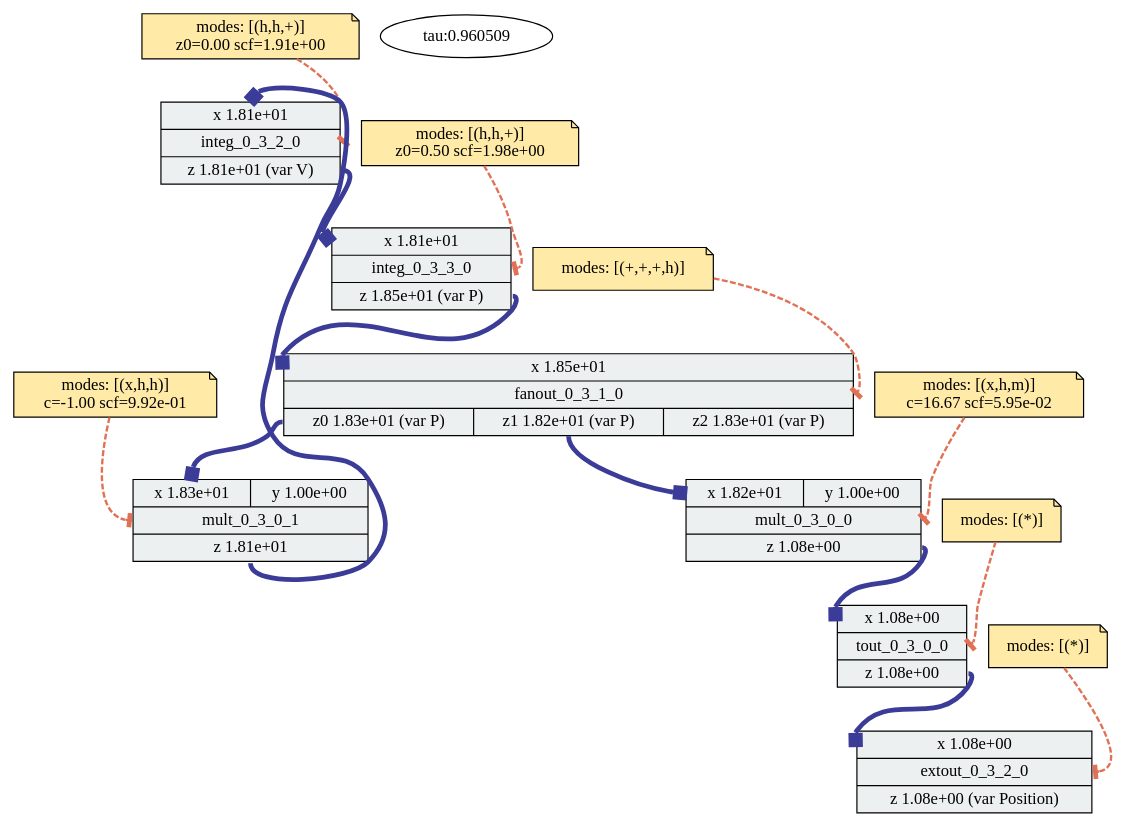
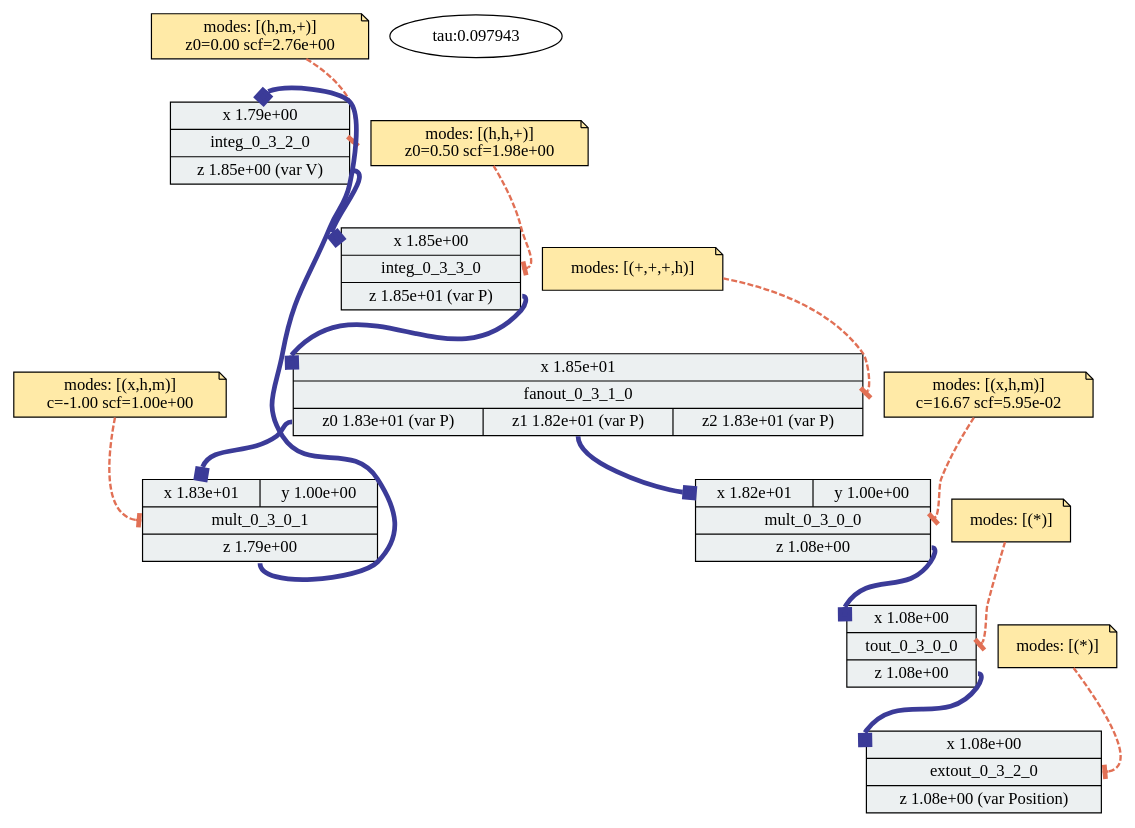
Before and after one commit to sarachour/hcdc-characterization-data: the diagram in c2/outputs/legno/unrestricted/cos/lscale-diag/cos_g3_s0_phys_qty_best_c2.dot, drawn with Graphviz. The commit also changed 268 other files, not shown here.

```diff
--- a/c2/outputs/legno/unrestricted/cos/lscale-diag/cos_g3_s0_phys_qty_best_c2.dot
+++ b/c2/outputs/legno/unrestricted/cos/lscale-diag/cos_g3_s0_phys_qty_best_c2.dot
@@ -1,67 +1,67 @@
 digraph "adp-viz" {
 	graph [overlap=false splines=true]
 	shape=record
 	integ_0_3_2_0 [label="{{<x> x
- 1.81e+01} |<block> integ_0_3_2_0| {<z> z
- 1.81e+01
+ 1.79e+00} |<block> integ_0_3_2_0| {<z> z
+ 1.85e+00
  (var V)}}" fillcolor="#ecf0f1" shape=record style=filled]
-	"integ_0_3_2_0-config" [label="\modes: [(h,h,+)]
-z0=0.00 scf=1.91e+00" fillcolor="#ffeaa7" shape=note style=filled]
+	"integ_0_3_2_0-config" [label="\modes: [(h,m,+)]
+z0=0.00 scf=2.76e+00" fillcolor="#ffeaa7" shape=note style=filled]
 	"integ_0_3_2_0-config" -> integ_0_3_2_0:block [arrowhead=tee arrowtail=normal color="#e17055" penwidth=2 style=dashed]
 	shape=record
 	integ_0_3_3_0 [label="{{<x> x
- 1.81e+01} |<block> integ_0_3_3_0| {<z> z
+ 1.85e+00} |<block> integ_0_3_3_0| {<z> z
  1.85e+01
  (var P)}}" fillcolor="#ecf0f1" shape=record style=filled]
 	"integ_0_3_3_0-config" [label="\modes: [(h,h,+)]
 z0=0.50 scf=1.98e+00" fillcolor="#ffeaa7" shape=note style=filled]
 	"integ_0_3_3_0-config" -> integ_0_3_3_0:block [arrowhead=tee arrowtail=normal color="#e17055" penwidth=2 style=dashed]
 	shape=record
 	mult_0_3_0_1 [label="{{<x> x
  1.83e+01|<y> y
  1.00e+00} |<block> mult_0_3_0_1| {<z> z
- 1.81e+01}}" fillcolor="#ecf0f1" shape=record style=filled]
-	"mult_0_3_0_1-config" [label="\modes: [(x,h,h)]
-c=-1.00 scf=9.92e-01" fillcolor="#ffeaa7" shape=note style=filled]
+ 1.79e+00}}" fillcolor="#ecf0f1" shape=record style=filled]
+	"mult_0_3_0_1-config" [label="\modes: [(x,h,m)]
+c=-1.00 scf=1.00e+00" fillcolor="#ffeaa7" shape=note style=filled]
 	"mult_0_3_0_1-config" -> mult_0_3_0_1:block [arrowhead=tee arrowtail=normal color="#e17055" penwidth=2 style=dashed]
 	shape=record
 	mult_0_3_0_0 [label="{{<x> x
  1.82e+01|<y> y
  1.00e+00} |<block> mult_0_3_0_0| {<z> z
  1.08e+00}}" fillcolor="#ecf0f1" shape=record style=filled]
 	"mult_0_3_0_0-config" [label="\modes: [(x,h,m)]
 c=16.67 scf=5.95e-02" fillcolor="#ffeaa7" shape=note style=filled]
 	"mult_0_3_0_0-config" -> mult_0_3_0_0:block [arrowhead=tee arrowtail=normal color="#e17055" penwidth=2 style=dashed]
 	shape=record
 	extout_0_3_2_0 [label="{{<x> x
  1.08e+00} |<block> extout_0_3_2_0| {<z> z
  1.08e+00
  (var Position)}}" fillcolor="#ecf0f1" shape=record style=filled]
 	"extout_0_3_2_0-config" [label="\modes: [(*)]" fillcolor="#ffeaa7" shape=note style=filled]
 	"extout_0_3_2_0-config" -> extout_0_3_2_0:block [arrowhead=tee arrowtail=normal color="#e17055" penwidth=2 style=dashed]
 	shape=record
 	fanout_0_3_1_0 [label="{{<x> x
  1.85e+01} |<block> fanout_0_3_1_0| {<z0> z0
  1.83e+01
  (var P)|<z1> z1
  1.82e+01
  (var P)|<z2> z2
  1.83e+01
  (var P)}}" fillcolor="#ecf0f1" shape=record style=filled]
 	"fanout_0_3_1_0-config" [label="\modes: [(+,+,+,h)]" fillcolor="#ffeaa7" shape=note style=filled]
 	"fanout_0_3_1_0-config" -> fanout_0_3_1_0:block [arrowhead=tee arrowtail=normal color="#e17055" penwidth=2 style=dashed]
 	shape=record
 	tout_0_3_0_0 [label="{{<x> x
  1.08e+00} |<block> tout_0_3_0_0| {<z> z
  1.08e+00}}" fillcolor="#ecf0f1" shape=record style=filled]
 	"tout_0_3_0_0-config" [label="\modes: [(*)]" fillcolor="#ffeaa7" shape=note style=filled]
 	"tout_0_3_0_0-config" -> tout_0_3_0_0:block [arrowhead=tee arrowtail=normal color="#e17055" penwidth=2 style=dashed]
 	mult_0_3_0_1:z -> integ_0_3_2_0:x [arrowhead=box arrowtail=normal color="#3B3B98" penwidth=4]
 	mult_0_3_0_0:z -> tout_0_3_0_0:x [arrowhead=box arrowtail=normal color="#3B3B98" penwidth=4]
 	tout_0_3_0_0:z -> extout_0_3_2_0:x [arrowhead=box arrowtail=normal color="#3B3B98" penwidth=4]
 	integ_0_3_3_0:z -> fanout_0_3_1_0:x [arrowhead=box arrowtail=normal color="#3B3B98" penwidth=4]
 	fanout_0_3_1_0:z0 -> mult_0_3_0_1:x [arrowhead=box arrowtail=normal color="#3B3B98" penwidth=4]
 	fanout_0_3_1_0:z1 -> mult_0_3_0_0:x [arrowhead=box arrowtail=normal color="#3B3B98" penwidth=4]
 	integ_0_3_2_0:z -> integ_0_3_3_0:x [arrowhead=box arrowtail=normal color="#3B3B98" penwidth=4]
-	time_const [label="tau:0.960509"]
+	time_const [label="tau:0.097943"]
 }
```
